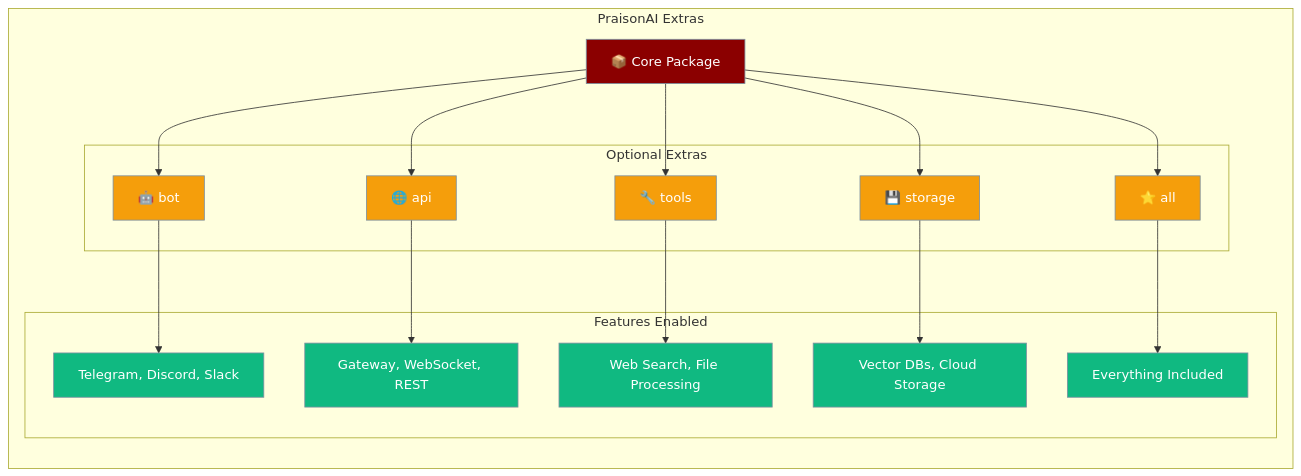
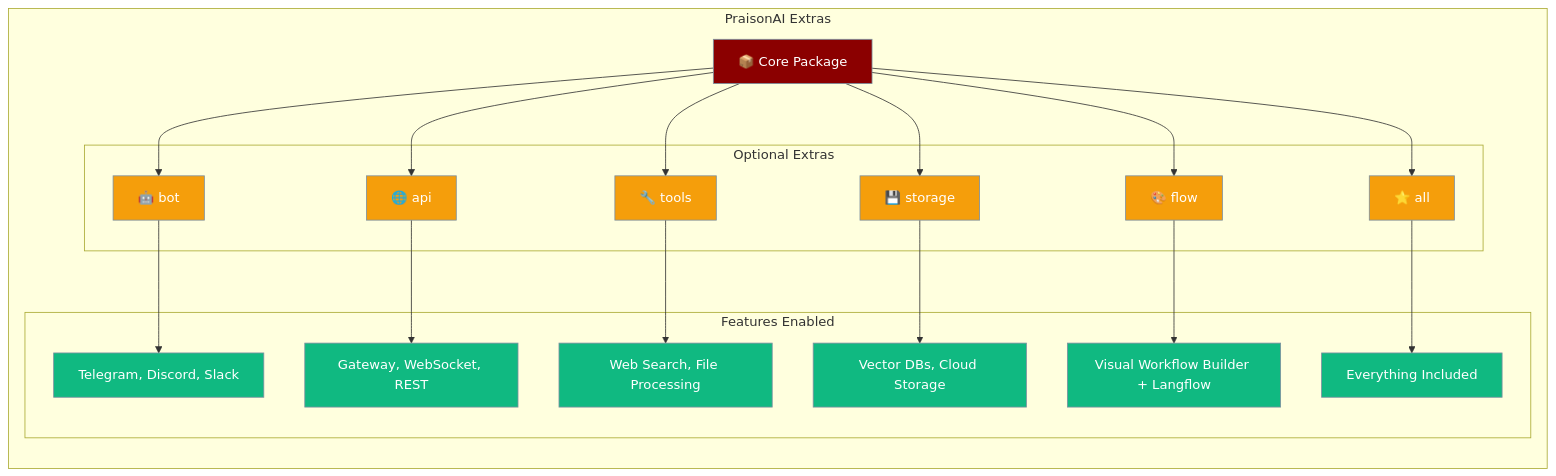
One commit to MervinPraison/PraisonAIDocs changed the diagram in docs/features/installation-extras.mdx. Above: the diagram before and after it, drawn with Mermaid. The commit also changed other lines of this file and 5 other files, not shown here.

First line of the commit message:
docs: update Flow + Langflow docs for [flow] extra and CLI subcommands

````diff
--- a/docs/features/installation-extras.mdx
+++ b/docs/features/installation-extras.mdx
@@ -10,36 +10,39 @@
 ```mermaid
 graph LR
     subgraph "PraisonAI Extras"
         CORE[📦 Core Package]
         
         subgraph "Optional Extras"
             BOT[🤖 bot]
             API[🌐 api] 
             TOOLS[🔧 tools]
             STORAGE[💾 storage]
+            FLOW[🎨 flow]
             ALL[⭐ all]
         end
         
         subgraph "Features Enabled"
             F1[Telegram, Discord, Slack]
             F2[Gateway, WebSocket, REST]
             F3[Web Search, File Processing]
             F4[Vector DBs, Cloud Storage]
+            F6[Visual Workflow Builder + Langflow]
             F5[Everything Included]
         end
     end
     
     CORE --> BOT --> F1
     CORE --> API --> F2
     CORE --> TOOLS --> F3
     CORE --> STORAGE --> F4
+    CORE --> FLOW --> F6
     CORE --> ALL --> F5
     
     classDef core fill:#8B0000,stroke:#7C90A0,color:#fff
     classDef extra fill:#F59E0B,stroke:#7C90A0,color:#fff
     classDef feature fill:#10B981,stroke:#7C90A0,color:#fff
     
     class CORE core
-    class BOT,API,TOOLS,STORAGE,ALL extra
-    class F1,F2,F3,F4,F5 feature
+    class BOT,API,TOOLS,STORAGE,FLOW,ALL extra
+    class F1,F2,F3,F4,F5,F6 feature
 ```
````
